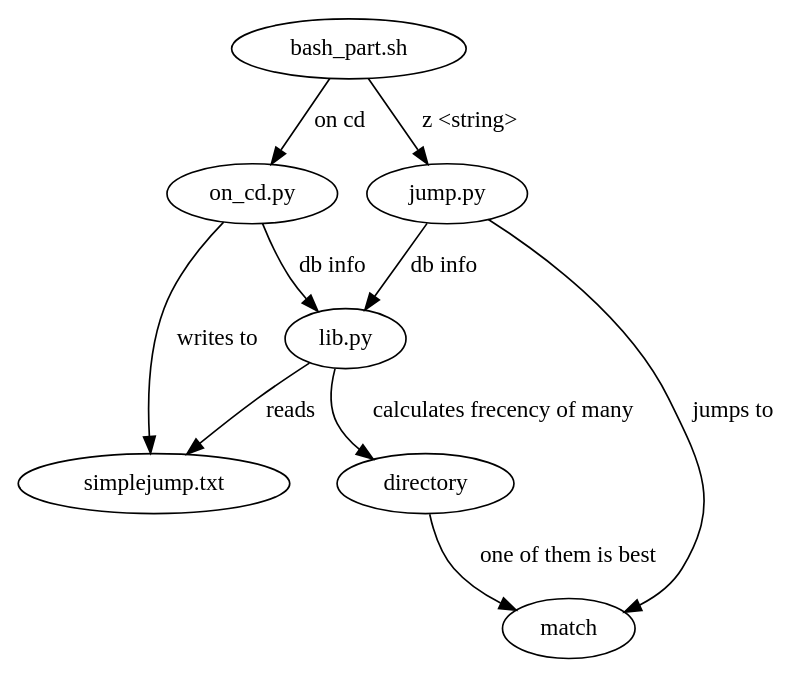
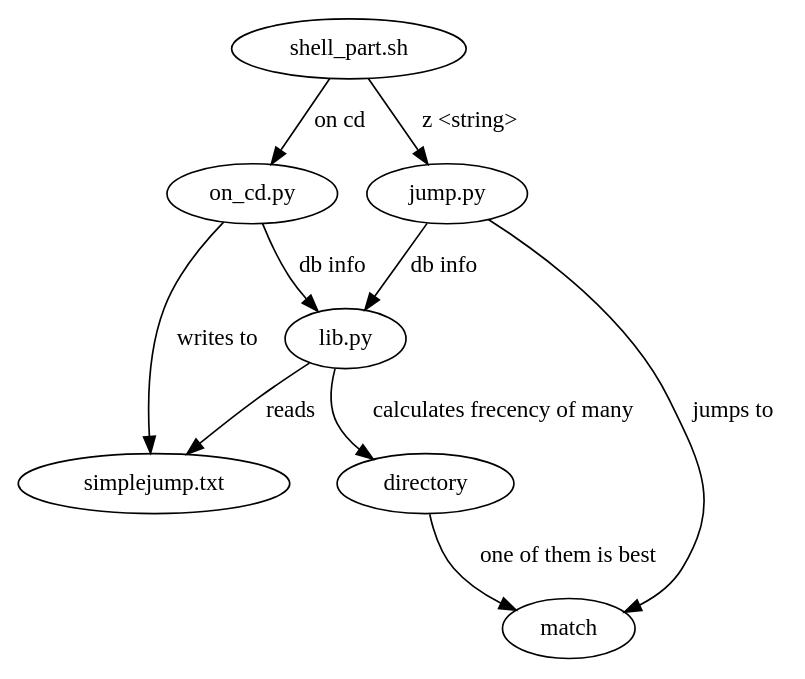
The diagram in simplejump.dot (JesseAldridge/simplejump), drawn with Graphviz before and after one commit. The commit also changed 3 other files, not shown here.

```diff
--- a/simplejump.dot
+++ b/simplejump.dot
@@ -1,11 +1,11 @@
 digraph G {
-    "bash_part.sh" -> "on_cd.py" [label="on cd"]
+    "shell_part.sh" -> "on_cd.py" [label="on cd"]
     "on_cd.py" -> "simplejump.txt" [label="writes to"]
-    "bash_part.sh" -> "jump.py" [label="z <string>"]
+    "shell_part.sh" -> "jump.py" [label="z <string>"]
     "jump.py" -> "match" [label="jumps to"]
     "jump.py" -> "lib.py" [label="db info"]
     "on_cd.py" -> "lib.py" [label="db info"]
     "lib.py" -> "simplejump.txt" [label="reads"]
     "lib.py" -> "directory" [label="calculates frecency of many"]
     "directory" -> "match" [label="one of them is best"]
 }
```
